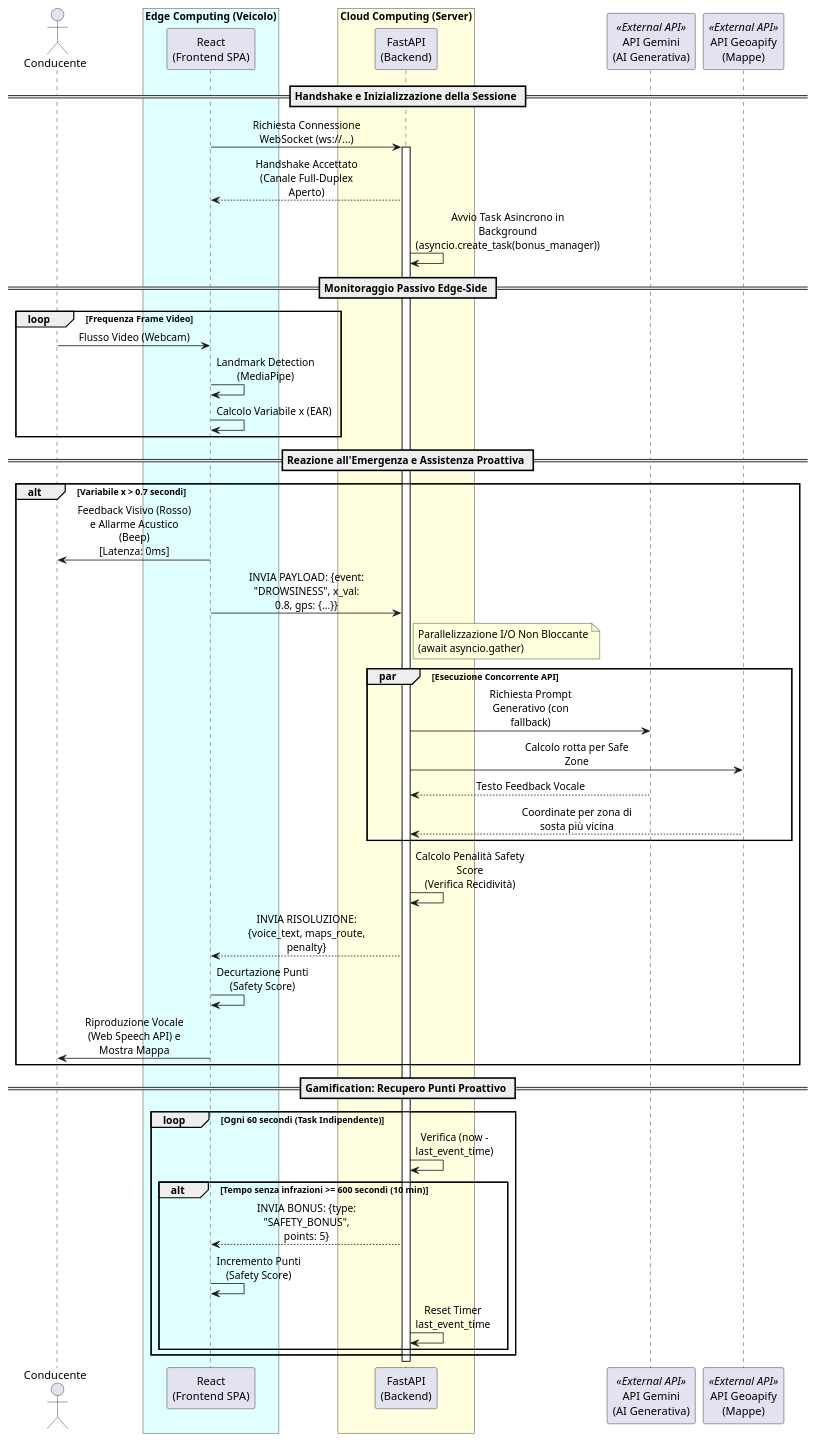
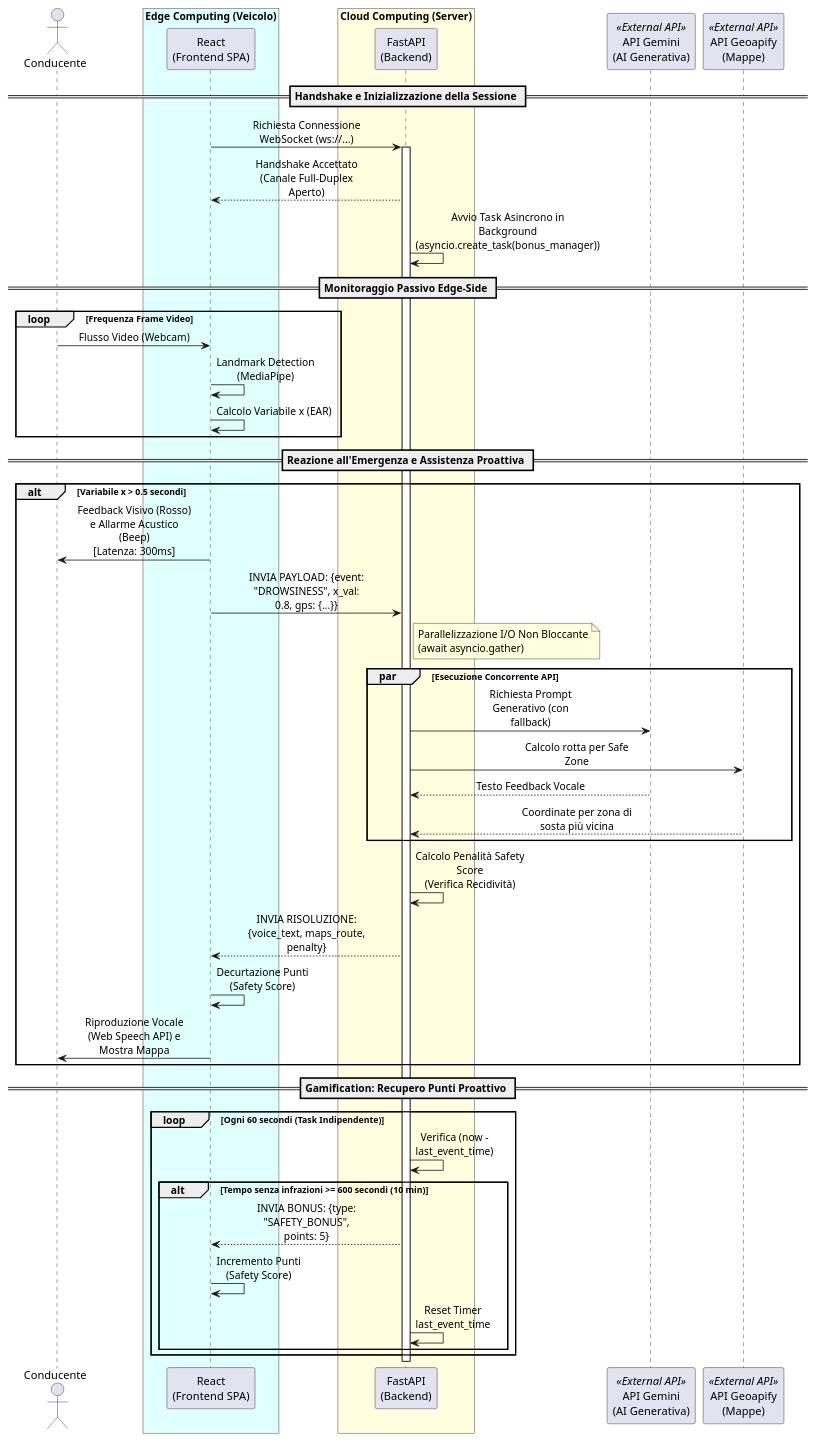
Before and after one commit to p3pp304/driver-monitoring-system: the diagram in Diagrammi/diagramma_sequenza/sequenza.puml, drawn with PlantUML. The commit also changed 10 other files, not shown here.

Commit message:
aggiornamento dei diagrammi

```diff
--- a/Diagrammi/diagramma_sequenza/sequenza.puml
+++ b/Diagrammi/diagramma_sequenza/sequenza.puml
@@ -1,74 +1,74 @@
 @startuml
 skinparam handwritten false
 skinparam sequenceMessageAlign center
 skinparam maxMessageSize 150
 
 ' --- DEFINIZIONE DEGLI ATTORI E DEI NODI ---
 actor "Conducente" as Driver
 box "Edge Computing (Veicolo)" #LightCyan
 participant "React\n(Frontend SPA)" as Client
 end box
 
 box "Cloud Computing (Server)" #LightYellow
 participant "FastAPI\n(Backend)" as Server
 end box
 
 participant "API Gemini\n(AI Generativa)" as Gemini <<External API>>
 participant "API Geoapify\n(Mappe)" as Maps <<External API>>
 
 ' --- INIZIALIZZAZIONE ---
 == Handshake e Inizializzazione della Sessione ==
 Client -> Server: Richiesta Connessione WebSocket (ws://...)
 activate Server
 Server --> Client: Handshake Accettato (Canale Full-Duplex Aperto)
 Server -> Server: Avvio Task Asincrono in Background\n(asyncio.create_task(bonus_manager))
 
 ' --- MONITORAGGIO IN LOCALE ---
 == Monitoraggio Passivo Edge-Side ==
 loop Frequenza Frame Video
     Driver -> Client: Flusso Video (Webcam)
     Client -> Client: Landmark Detection (MediaPipe)
     Client -> Client: Calcolo Variabile x (EAR)
 end
 
 ' --- GESTIONE EMERGENZA (PARADIGMA EVENT-DRIVEN) ---
 == Reazione all'Emergenza e Assistenza Proattiva ==
-alt Variabile x > 0.7 secondi
-    ' Reazione a latenza zero
-    Client -> Driver: Feedback Visivo (Rosso) e Allarme Acustico (Beep)\n[Latenza: 0ms]
+alt Variabile x > 0.5 secondi
+    ' Reazione a latenza minima
+    Client -> Driver: Feedback Visivo (Rosso) e Allarme Acustico (Beep)\n[Latenza: 300ms]
     
     ' Invio Telemetria
     Client -> Server: INVIA PAYLOAD: {event: "DROWSINESS", x_val: 0.8, gps: {...}}
     
     ' Parallelismo del Server
     note right of Server: Parallelizzazione I/O Non Bloccante\n(await asyncio.gather)
     par Esecuzione Concorrente API
         Server -> Gemini: Richiesta Prompt Generativo (con fallback)
         Server -> Maps: Calcolo rotta per Safe Zone
         Gemini --> Server: Testo Feedback Vocale
         Maps --> Server: Coordinate per zona di sosta più vicina
     end
     
     ' Calcolo logica penalità
     Server -> Server: Calcolo Penalità Safety Score\n(Verifica Recidività)
     
     ' Risposta
     Server --> Client: INVIA RISOLUZIONE: {voice_text, maps_route, penalty}
     
     ' Aggiornamento UI
     Client -> Client: Decurtazione Punti (Safety Score)
     Client -> Driver: Riproduzione Vocale (Web Speech API) e Mostra Mappa
 end
 
 ' --- GAMIFICATION IN BACKGROUND ---
 == Gamification: Recupero Punti Proattivo ==
 loop Ogni 60 secondi (Task Indipendente)
     Server -> Server: Verifica (now - last_event_time)
     alt Tempo senza infrazioni >= 600 secondi (10 min)
         Server --> Client: INVIA BONUS: {type: "SAFETY_BONUS", points: 5}
         Client -> Client: Incremento Punti (Safety Score)
         Server -> Server: Reset Timer last_event_time
     end
 end
 
 @enduml
```
